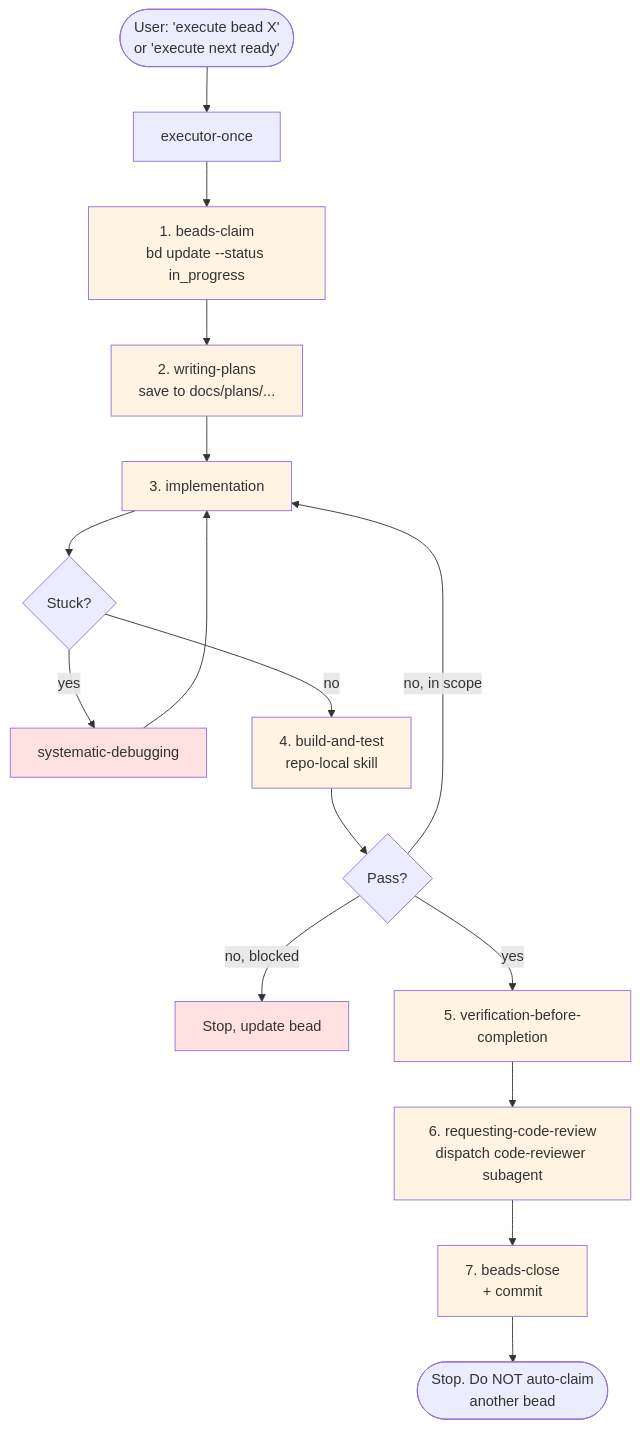
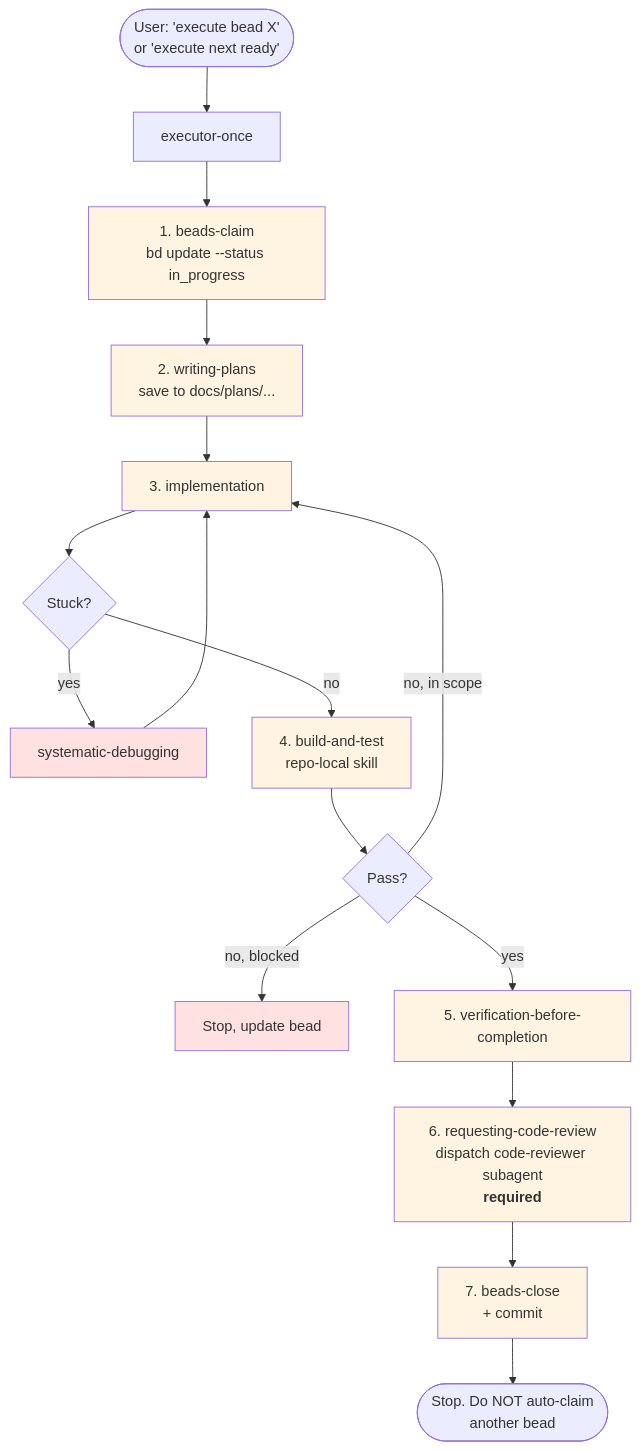
One commit to jsiovn/workflow-template changed the third of 7 diagrams in docs/SKILLS_RELATIONSHIPS.md. Above: the diagram before and after it, drawn with Mermaid. The commit also changed other lines of this file and 18 other files, not shown here.

First line of the commit message:
Add executor-task-worktree, prune-local-branches, audit-backlog-rules skills; rename attach-screenshots; revamp PR review flow (#2)

````diff
--- a/docs/SKILLS_RELATIONSHIPS.md
+++ b/docs/SKILLS_RELATIONSHIPS.md
@@ -126,29 +143,29 @@
 ```mermaid
 flowchart TD
     START([User: 'execute bead X'<br/>or 'execute next ready']) --> EO[executor-once]
     EO --> S1[1. beads-claim<br/>bd update --status in_progress]
     S1 --> S2[2. writing-plans<br/>save to docs/plans/...]
     S2 --> S3[3. implementation]
     S3 --> Q1{Stuck?}
     Q1 -->|yes| SD[systematic-debugging]
     SD --> S3
     Q1 -->|no| S4[4. build-and-test<br/>repo-local skill]
     S4 --> Q2{Pass?}
     Q2 -->|no, in scope| S3
     Q2 -->|no, blocked| BLOCK[Stop, update bead]
     Q2 -->|yes| S5[5. verification-before-completion]
-    S5 --> S6[6. requesting-code-review<br/>dispatch code-reviewer subagent]
+    S5 --> S6[6. requesting-code-review<br/>dispatch code-reviewer subagent<br/><b>required</b>]
     S6 --> S7[7. beads-close<br/>+ commit]
     S7 --> END([Stop. Do NOT auto-claim<br/>another bead])
 
     style S1 fill:#fff4e1
     style S2 fill:#fff4e1
     style S6 fill:#fff4e1
     style S7 fill:#fff4e1
     style S3 fill:#fff4e1
     style S4 fill:#fff4e1
     style S5 fill:#fff4e1
     style S6 fill:#fff4e1
     style SD fill:#ffe1e1
     style BLOCK fill:#ffe1e1
 ```
````
